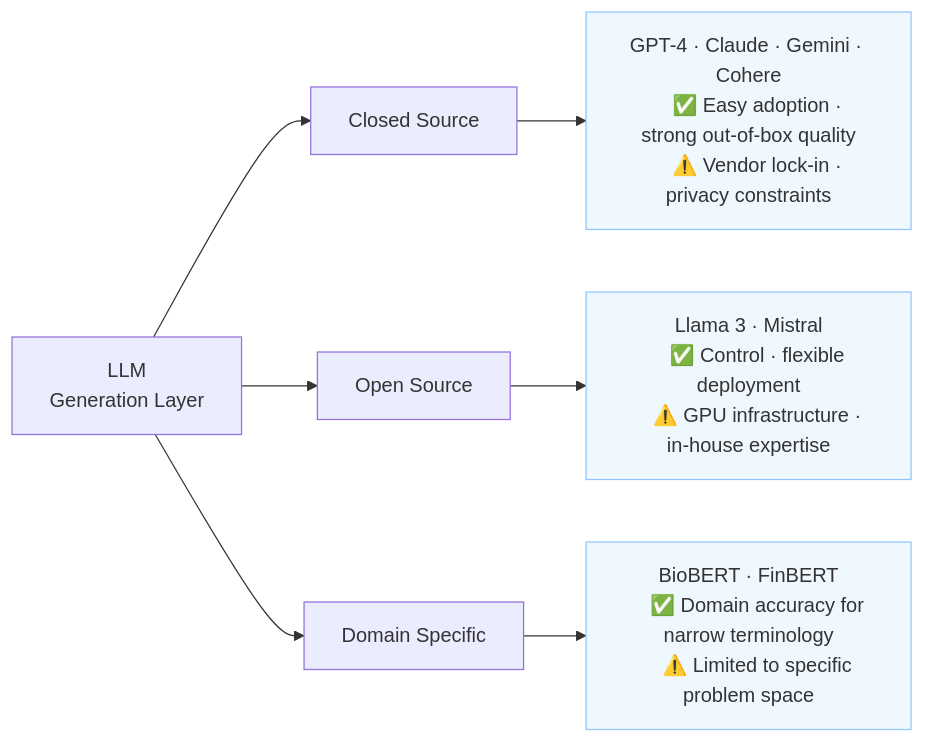
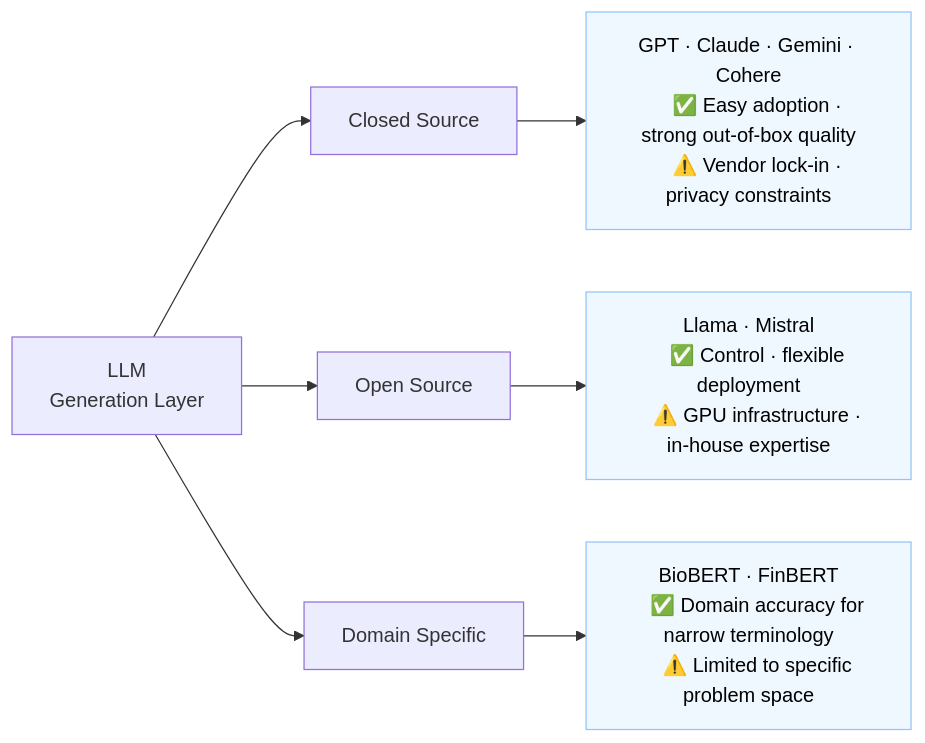
Before and after one commit to DevPartner/second-brain-cli: the first of 11 diagrams in docs/architecture.md, drawn with Mermaid. The commit also changed other lines of this file, not shown here.

````diff
--- a/docs/architecture.md
+++ b/docs/architecture.md
@@ -19,22 +17,22 @@
 ```mermaid
 graph LR
     LLM["LLM\nGeneration Layer"] --> A[Closed Source]
     LLM --> B[Open Source]
     LLM --> C[Domain Specific]
 
-    A --> A1["GPT-4 · Claude · Gemini · Cohere
+    A --> A1["GPT · Claude · Gemini · Cohere
     ✅ Easy adoption · strong out-of-box quality
     ⚠️ Vendor lock-in · privacy constraints"]
 
-    B --> B1["Llama 3 · Mistral
+    B --> B1["Llama · Mistral
     ✅ Control · flexible deployment
     ⚠️ GPU infrastructure · in-house expertise"]
 
     C --> C1["BioBERT · FinBERT
     ✅ Domain accuracy for narrow terminology
     ⚠️ Limited to specific problem space"]
 
-    style A1 fill:#f0f8ff,stroke:#93c5fd
-    style B1 fill:#f0f8ff,stroke:#93c5fd
-    style C1 fill:#f0f8ff,stroke:#93c5fd
+    style A1 fill:#f0f8ff,stroke:#93c5fd,color:#000000
+    style B1 fill:#f0f8ff,stroke:#93c5fd,color:#000000
+    style C1 fill:#f0f8ff,stroke:#93c5fd,color:#000000
 ```
````
